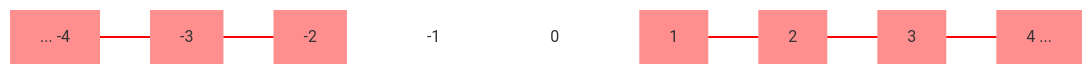
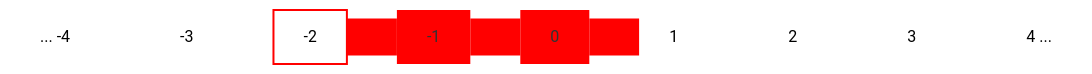
One commit to HokoraYinphineMPP/obsidian-git-sync changed the third of 3 diagrams in CSE 2010-12(83648)/2022-09-07 - C++ Control Flow with if-else statements.md. Above: the diagram before and after it, drawn with Mermaid. The commit also changed other lines of this file, not shown here.

````diff
--- a/CSE 2010-12(83648)/2022-09-07 - C++ Control Flow with if-else statements.md
+++ b/CSE 2010-12(83648)/2022-09-07 - C++ Control Flow with if-else statements.md
@@ -336,21 +339,19 @@
 ```mermaid
 flowchart LR  
-    C[... -4]:::Yes---D
-    D[-3]:::Yes---E
-    E[-2]:::Yes---F
-    F[-1]:::Num---G
-    G[0]:::Num---H
-    H[1]:::Yes---I
-    I[2]:::Yes---J
-    J[3]:::Yes---K
-    K[4 ...]:::Yes
-	classDef Num fill:#0000,stroke-width:0px;
-	classDef Yes fill:#ff000070,stroke-width:0px;
-	classDef No fill:#0000,stroke-width:2px,stroke:#f00;
-    linkStyle 0 stroke-width:2px,fill:none,stroke:red;
-    linkStyle 1 stroke-width:2px,fill:none,stroke:red;
-    linkStyle 5 stroke-width:2px,fill:none,stroke:red;
-    linkStyle 6 stroke-width:2px,fill:none,stroke:red;
-    linkStyle 7 stroke-width:2px,fill:none,stroke:red;
-    linkStyle default stroke-width:2px,fill:none,stroke:white;
+    C[... -4]:::Num---D
+    D[-3]:::Num---E
+    E[-2]:::No---F
+    F[-1]:::Yes---G
+    G[0]:::Yes---H
+    H[1]:::Num---I
+    I[2]:::Num---J
+    J[3]:::Num---K
+    K[4 ...]:::Num
+	classDef Num fill:#fff,color:#000,stroke-width:0px;
+	classDef Yes fill:#f00,stroke-width:0px;
+	classDef No fill:#fff,color:#000,stroke-width:2px,stroke:#f00;
+    linkStyle 2 stroke-width:37px,fill:none,stroke:red;
+    linkStyle 3 stroke-width:37px,fill:none,stroke:red;
+    linkStyle 4 stroke-width:37px,fill:none,stroke:red;
+    linkStyle default stroke-width:37px,fill:none,stroke:white;
 ```
````
